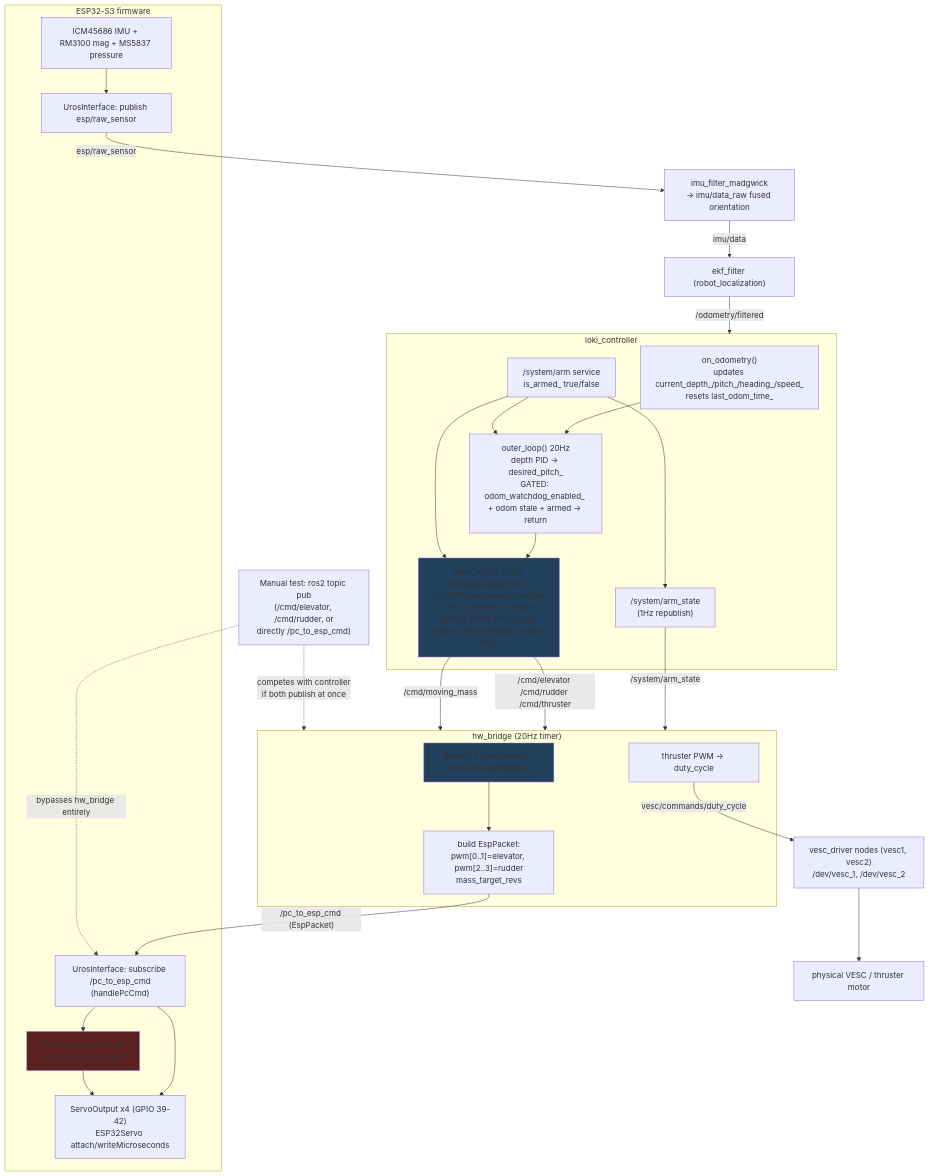
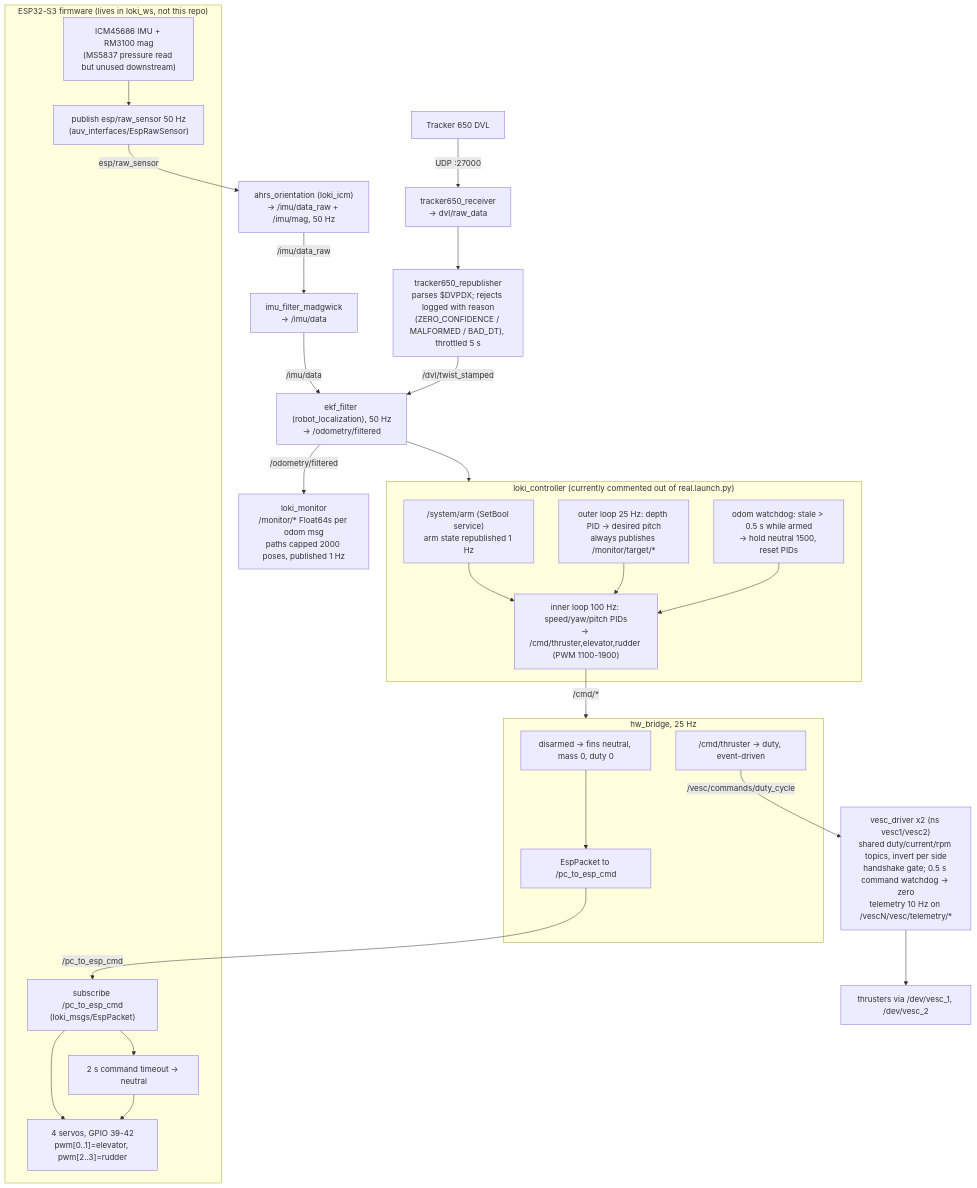
The diagram in docs/dataflow.md (bolindoesros/pool), drawn with Mermaid before and after one commit. The commit also changed other lines of this file and 3 other files, not shown here.

````diff
--- a/docs/dataflow.md
+++ b/docs/dataflow.md
@@ -1,57 +6,51 @@
 ```mermaid
 flowchart TD
-    subgraph ESP32["ESP32-S3 firmware"]
-        IMU["ICM45686 IMU + RM3100 mag + MS5837 pressure"]
-        RawPub["UrosInterface: publish esp/raw_sensor"]
-        PcSub["UrosInterface: subscribe /pc_to_esp_cmd\n(handlePcCmd)"]
-        Servos["ServoOutput x4 (GPIO 39-42)\nESP32Servo attach/writeMicroseconds"]
-        Failsafe["2s command timeout\n-> neutral if no packet"]
+    subgraph ESP32["ESP32-S3 firmware (lives in loki_ws, not this repo)"]
+        Sensors["ICM45686 IMU + RM3100 mag<br/>(MS5837 pressure read but unused downstream)"]
+        RawPub["publish esp/raw_sensor 50 Hz<br/>(auv_interfaces/EspRawSensor)"]
+        PcSub["subscribe /pc_to_esp_cmd<br/>(loki_msgs/EspPacket)"]
+        Servos["4 servos, GPIO 39-42<br/>pwm[0..1]=elevator, pwm[2..3]=rudder"]
+        Failsafe["2 s command timeout -> neutral"]
 
-        IMU --> RawPub
+        Sensors --> RawPub
         PcSub --> Servos
         PcSub --> Failsafe
         Failsafe --> Servos
     end
 
-    RawPub -->|"esp/raw_sensor"| IMUFilter["imu_filter_madgwick\n-> imu/data_raw fused orientation"]
-    IMUFilter -->|"imu/data"| EKF["ekf_filter (robot_localization)"]
-    EKF -->|"/odometry/filtered"| Controller
+    RawPub -->|"esp/raw_sensor"| Ahrs["ahrs_orientation (loki_icm)<br/>-> /imu/data_raw + /imu/mag, 50 Hz"]
+    Ahrs -->|"/imu/data_raw"| Madgwick["imu_filter_madgwick<br/>-> /imu/data"]
 
-    subgraph Controller["loki_controller"]
-        OdomSub["on_odometry()\nupdates current_depth_/pitch_/heading_/speed_\nresets last_odom_time_"]
-        ArmSrv["/system/arm service\nis_armed_ true/false"]
-        ArmPub["/system/arm_state\n(1Hz republish)"]
+    DVL["Tracker 650 DVL"] -->|"UDP :27000"| Recv["tracker650_receiver<br/>-> dvl/raw_data"]
+    Recv --> Repub["tracker650_republisher<br/>parses $DVPDX; rejects logged with reason<br/>(ZERO_CONFIDENCE / MALFORMED / BAD_DT), throttled 5 s"]
+    Repub -->|"/dvl/twist_stamped"| EKF
 
-        OuterLoop["outer_loop() 20Hz\ndepth PID -> desired_pitch_\nGATED: odom_watchdog_enabled_ + odom stale + armed -> return"]
-        InnerLoop["inner_loop() 100Hz\npitch/yaw/speed PID -> /cmd/thruster,elevator,rudder\nGATED: !armed -> return\nGATED (NEW FIX): odom stale -> force neutral + reset PIDs"]
+    Madgwick -->|"/imu/data"| EKF["ekf_filter (robot_localization), 50 Hz<br/>-> /odometry/filtered"]
+    EKF --> Controller
 
-        OdomSub --> OuterLoop
-        OuterLoop --> InnerLoop
-        ArmSrv --> ArmPub
-        ArmSrv --> OuterLoop
-        ArmSrv --> InnerLoop
+    subgraph Controller["loki_controller (currently commented out of real.launch.py)"]
+        Arm["/system/arm (SetBool service)<br/>arm state republished 1 Hz"]
+        Outer["outer loop 25 Hz: depth PID -> desired pitch<br/>always publishes /monitor/target/*"]
+        Inner["inner loop 100 Hz: speed/yaw/pitch PIDs<br/>-> /cmd/thruster,elevator,rudder (PWM 1100-1900)"]
+        Watchdog["odom watchdog: stale > 0.5 s while armed<br/>-> hold neutral 1500, reset PIDs"]
+
+        Arm --> Inner
+        Outer --> Inner
+        Watchdog --> Inner
     end
 
-    ArmPub -->|"/system/arm_state"| HwBridge
-    InnerLoop -->|"/cmd/elevator /cmd/rudder /cmd/thruster"| HwBridge
-    InnerLoop -->|"/cmd/moving_mass"| HwBridge
+    Inner -->|"/cmd/*"| HwBridge
 
-    subgraph HwBridge["hw_bridge (20Hz timer)"]
-        ArmGate["armed_ ? passthrough : force neutral(1500)/0"]
-        BuildPkt["build EspPacket:\npwm[0..1]=elevator, pwm[2..3]=rudder\nmass_target_revs"]
-        DutyConv["thruster PWM -> duty_cycle"]
-
-        ArmGate --> BuildPkt
+    subgraph HwBridge["hw_bridge, 25 Hz"]
+        Gate["disarmed -> fins neutral, mass 0, duty 0"]
+        Pkt["EspPacket to /pc_to_esp_cmd"]
+        Duty["/cmd/thruster -> duty, event-driven"]
+        Gate --> Pkt
     end
 
-    BuildPkt -->|"/pc_to_esp_cmd (EspPacket)"| PcSub
-    DutyConv -->|"vesc/commands/duty_cycle"| VescDriver["vesc_driver nodes (vesc1, vesc2)\n/dev/vesc_1, /dev/vesc_2"]
-    VescDriver --> Thruster["physical VESC / thruster motor"]
+    Pkt -->|"/pc_to_esp_cmd"| PcSub
+    Duty -->|"/vesc/commands/duty_cycle"| Vesc["vesc_driver x2 (ns vesc1/vesc2)<br/>shared duty/current/rpm topics, invert per side<br/>handshake gate; 0.5 s command watchdog -> zero<br/>telemetry 10 Hz on /vescN/vesc/telemetry/*"]
+    Vesc --> Thrusters["thrusters via /dev/vesc_1, /dev/vesc_2"]
 
-    Manual["Manual test: ros2 topic pub\n(/cmd/elevator, /cmd/rudder, or\ndirectly /pc_to_esp_cmd)"] -.->|"competes with controller\nif both publish at once"| HwBridge
-    Manual -.->|"bypasses hw_bridge entirely"| PcSub
-
-    style Failsafe fill:#5b2020
-    style InnerLoop fill:#20405b
-    style ArmGate fill:#20405b
+    EKF -->|"/odometry/filtered"| Monitor["loki_monitor<br/>/monitor/* Float64s per odom msg<br/>paths capped 2000 poses, published 1 Hz"]
 ```
````
